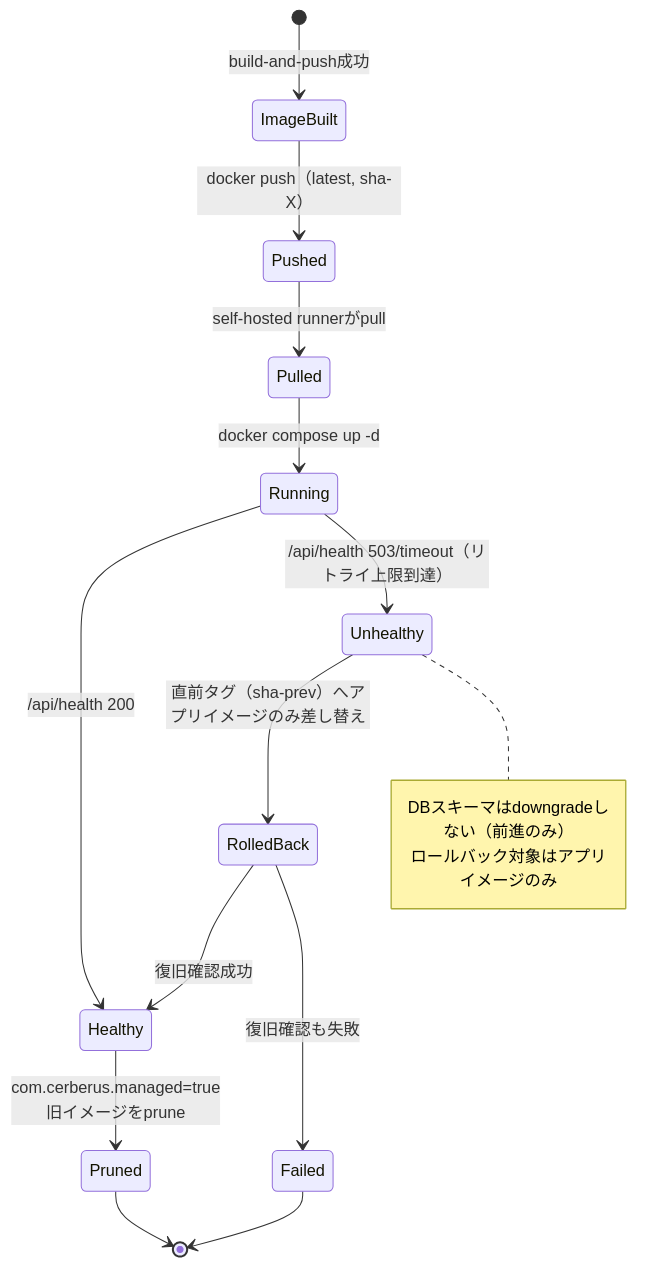
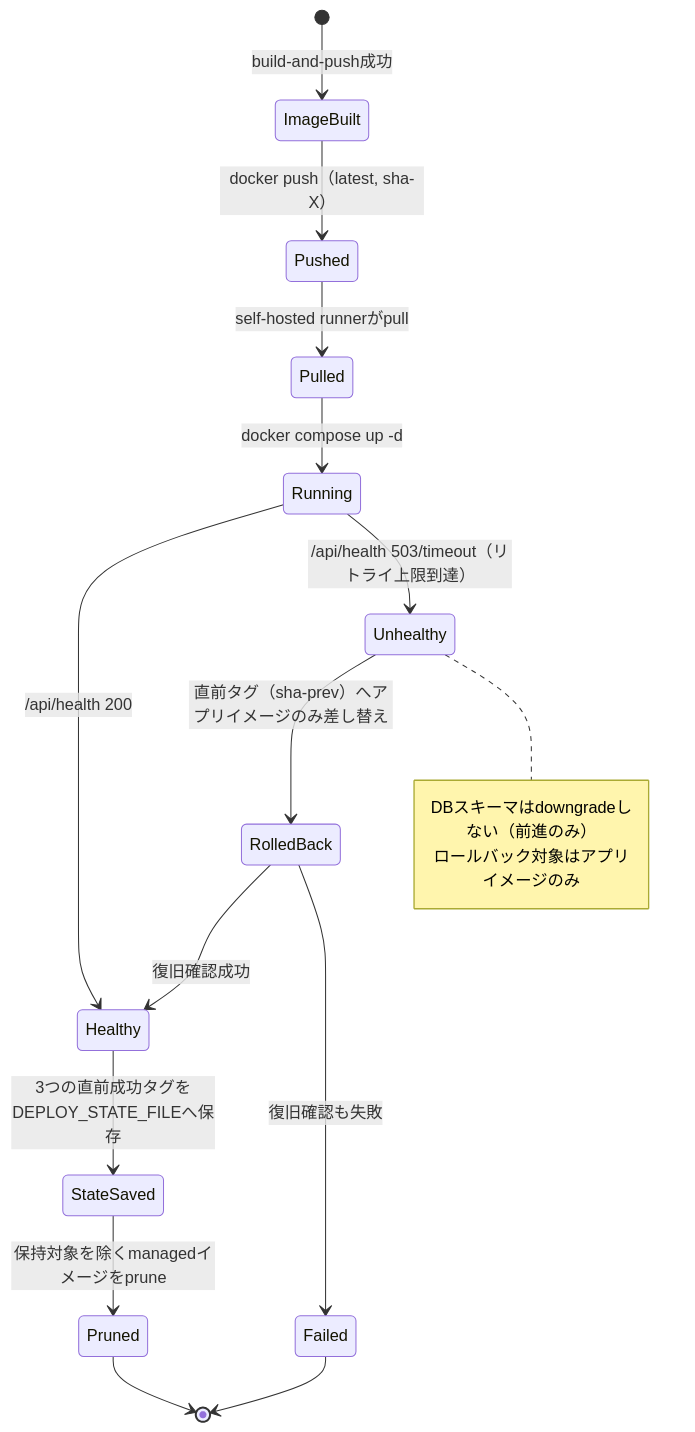
One commit to oikawa-d/task_management changed the fourth of 5 diagrams in detailed_design/infra/06_cd_workflow.md. Above: the diagram before and after it, drawn with Mermaid. The commit also changed other lines of this file and 14 other files, not shown here.

````diff
--- a/detailed_design/infra/06_cd_workflow.md
+++ b/detailed_design/infra/06_cd_workflow.md
@@ -151,20 +163,21 @@
 ```mermaid
 stateDiagram-v2
     [*] --> ImageBuilt: build-and-push成功
     ImageBuilt --> Pushed: docker push（latest, sha-X）
     Pushed --> Pulled: self-hosted runnerがpull
     Pulled --> Running: docker compose up -d
     Running --> Healthy: /api/health 200
     Running --> Unhealthy: /api/health 503/timeout（リトライ上限到達）
     Unhealthy --> RolledBack: 直前タグ（sha-prev）へアプリイメージのみ差し替え
     RolledBack --> Healthy: 復旧確認成功
     RolledBack --> Failed: 復旧確認も失敗
-    Healthy --> Pruned: com.cerberus.managed=true旧イメージをprune
+    Healthy --> StateSaved: 3つの直前成功タグをDEPLOY_STATE_FILEへ保存
+    StateSaved --> Pruned: 保持対象を除くmanagedイメージをprune
     Pruned --> [*]
     Failed --> [*]
 
     note right of Unhealthy
       DBスキーマはdowngradeしない（前進のみ）
       ロールバック対象はアプリイメージのみ
     end note
 ```
````
